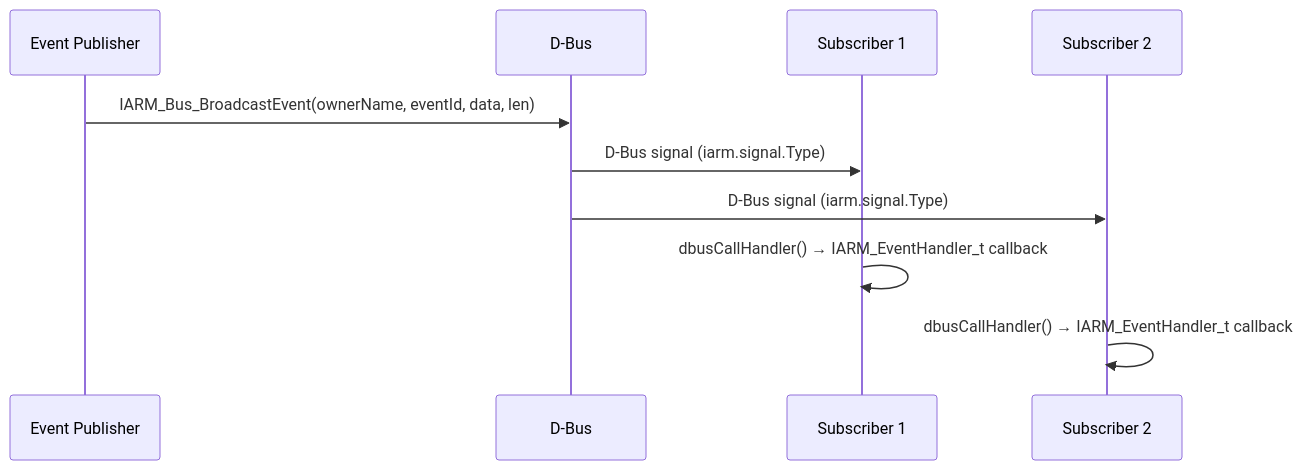
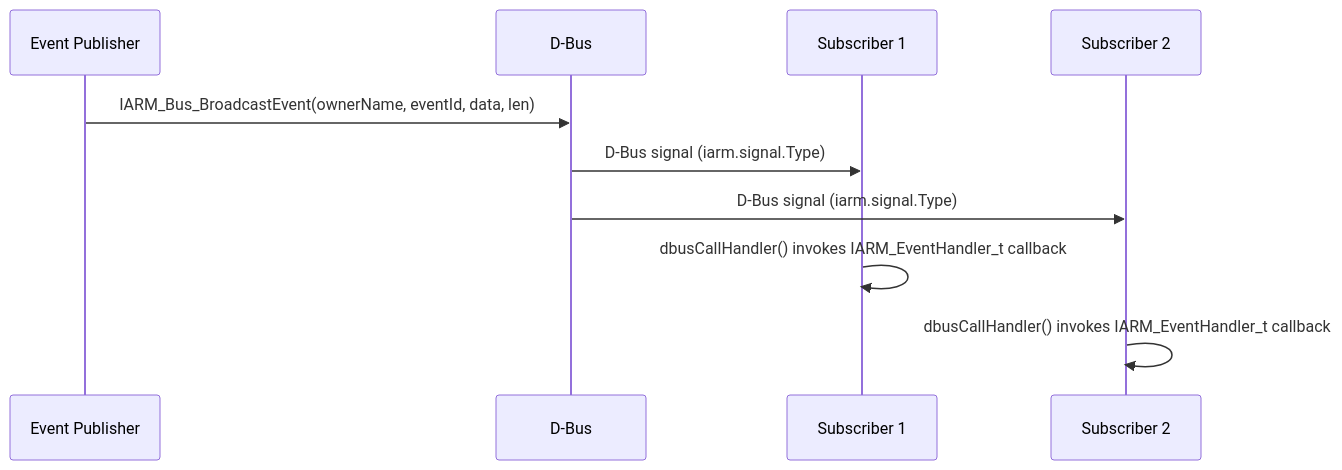
One commit to rns21/RDK_Documentation changed the eighth of 8 diagrams in docs/docu/RDKV-Documentations/iarmbus.md. Above: the diagram before and after it, drawn with Mermaid. The commit also changed other lines of this file, not shown here.

````diff
--- a/docs/docu/RDKV-Documentations/iarmbus.md
+++ b/docs/docu/RDKV-Documentations/iarmbus.md
@@ -306,13 +306,13 @@
 ```mermaid
 sequenceDiagram
     participant Publisher as Event Publisher
     participant Bus as D-Bus
     participant Sub1 as Subscriber 1
     participant Sub2 as Subscriber 2
 
     Publisher->>Bus: IARM_Bus_BroadcastEvent(ownerName, eventId, data, len)
     Bus->>Sub1: D-Bus signal (iarm.signal.Type)
     Bus->>Sub2: D-Bus signal (iarm.signal.Type)
-    Sub1->>Sub1: dbusCallHandler() → IARM_EventHandler_t callback
-    Sub2->>Sub2: dbusCallHandler() → IARM_EventHandler_t callback
+    Sub1->>Sub1: dbusCallHandler() invokes IARM_EventHandler_t callback
+    Sub2->>Sub2: dbusCallHandler() invokes IARM_EventHandler_t callback
 ```
````
